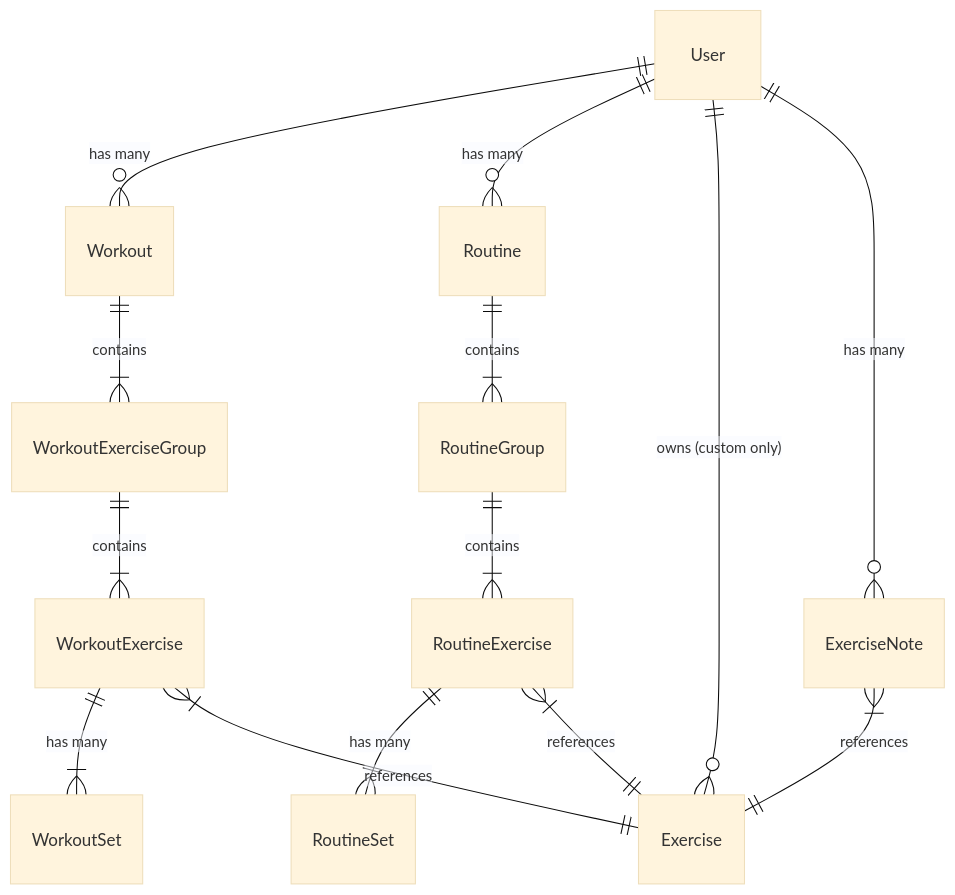
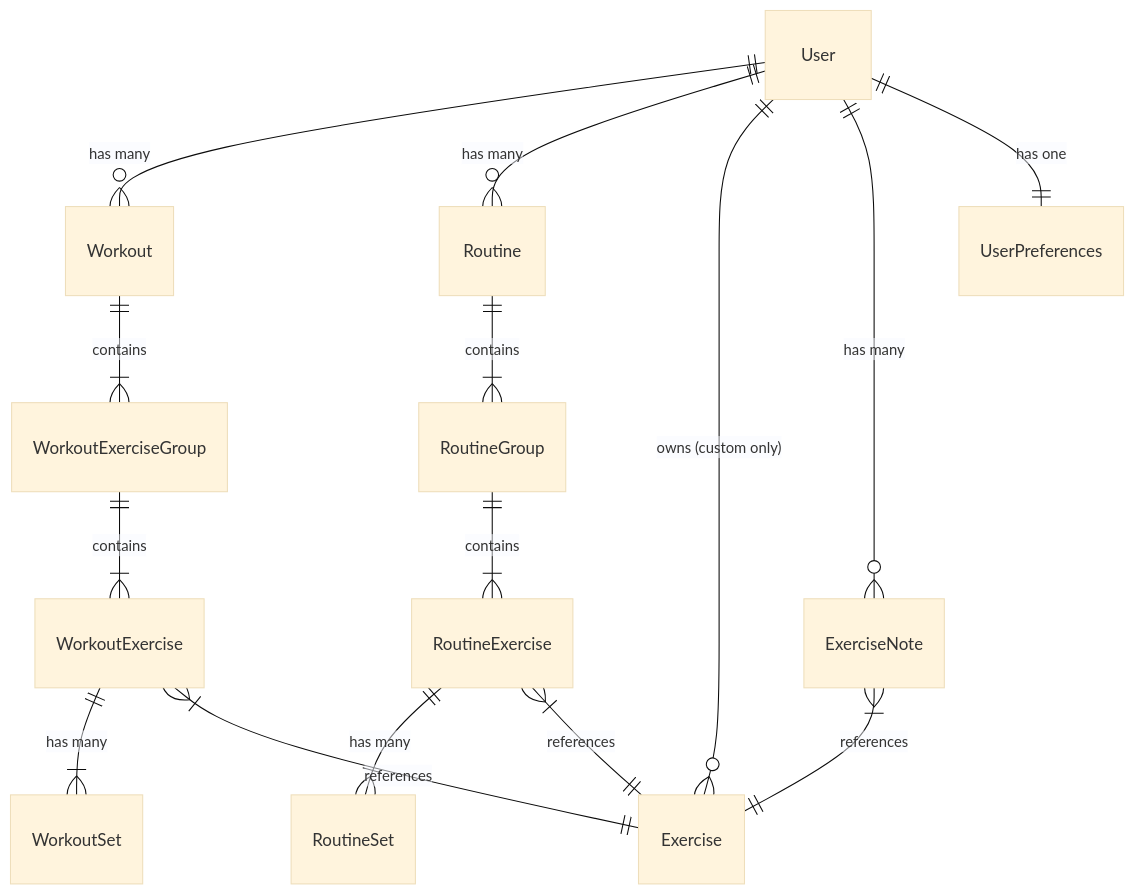
The diagram in docs/data-model.md (Kevin-McGonigle/gymothy), drawn with Mermaid (base theme) before and after one commit. The commit also changed other lines of this file and 51 other files, not shown here.

````diff
--- a/docs/data-model.md
+++ b/docs/data-model.md
@@ -124,19 +164,20 @@
 ```mermaid
 erDiagram
     User ||--o{ Workout : "has many"
     User ||--o{ Routine : "has many"
     User ||--o{ Exercise : "owns (custom only)"
     User ||--o{ ExerciseNote : "has many"
+    User ||--|| UserPreferences : "has one"
 
     Workout ||--|{ WorkoutExerciseGroup : contains
     WorkoutExerciseGroup ||--|{ WorkoutExercise : contains
     WorkoutExercise ||--|{ WorkoutSet : "has many"
 
     Routine ||--|{ RoutineGroup : contains
     RoutineGroup ||--|{ RoutineExercise : contains
     RoutineExercise ||--|{ RoutineSet : "has many"
 
     WorkoutExercise }|--|| Exercise : references
     RoutineExercise }|--|| Exercise : references
     ExerciseNote }|--|| Exercise : references
 ```
````
